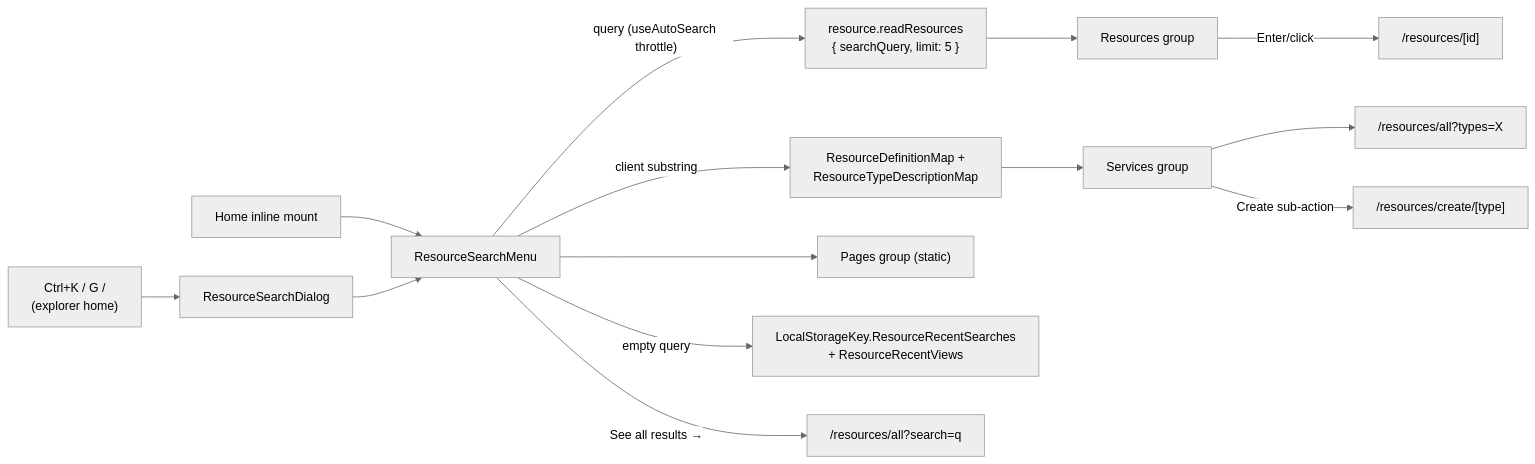
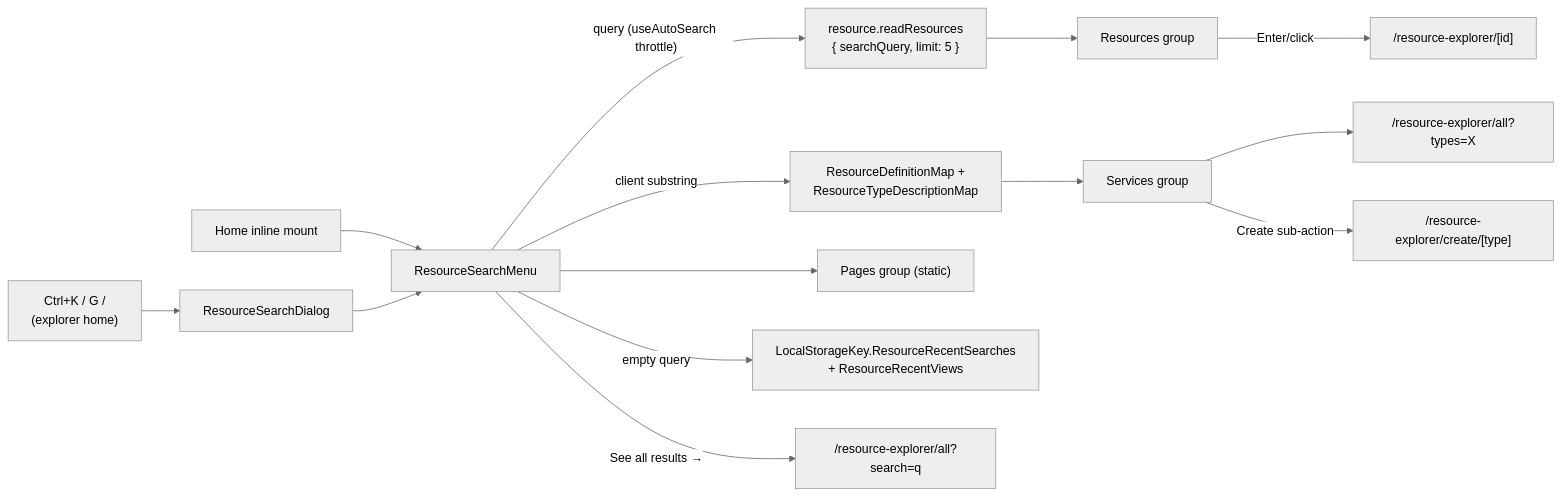
The diagram in packages/app/content/docs/platform/global-search.md (Esposter/Esposter), drawn with Mermaid (neutral theme) before and after one commit. The commit also changed other lines of this file and 63 other files, not shown here.

````diff
--- a/packages/app/content/docs/platform/global-search.md
+++ b/packages/app/content/docs/platform/global-search.md
@@ -12,15 +12,15 @@
 ```mermaid
 flowchart LR
   HOME["Home inline mount"] --> SM["ResourceSearchMenu"]
   CK["Ctrl+K / G /<br/>(explorer home)"] --> DLG["ResourceSearchDialog"] --> SM
 
   SM -->|"query (useAutoSearch throttle)"| RR["resource.readResources<br/>{ searchQuery, limit: 5 }"] --> RG["Resources group"]
   SM -->|client substring| RDM["ResourceDefinitionMap +<br/>ResourceTypeDescriptionMap"] --> SG["Services group"]
   SM --> PG["Pages group (static)"]
   SM -->|empty query| LS["LocalStorageKey.ResourceRecentSearches<br/>+ ResourceRecentViews"]
 
-  RG -->|Enter/click| RES["/resources/[id]"]
-  SG --> ALLT["/resources/all?types=X"]
-  SG -->|Create sub-action| CT["/resources/create/[type]"]
-  SM -->|"See all results →"| ALL["/resources/all?search=q"]
+  RG -->|Enter/click| RES["/resource-explorer/[id]"]
+  SG --> ALLT["/resource-explorer/all?types=X"]
+  SG -->|Create sub-action| CT["/resource-explorer/create/[type]"]
+  SM -->|"See all results →"| ALL["/resource-explorer/all?search=q"]
 ```
````
